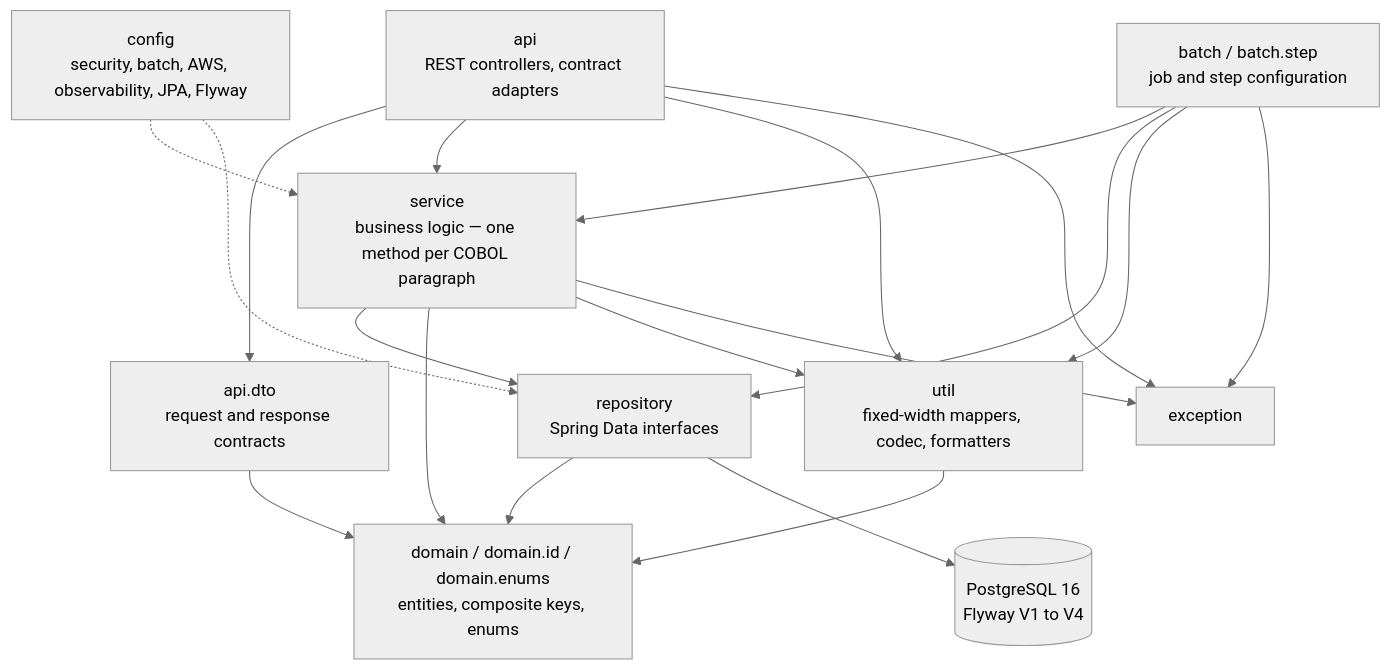
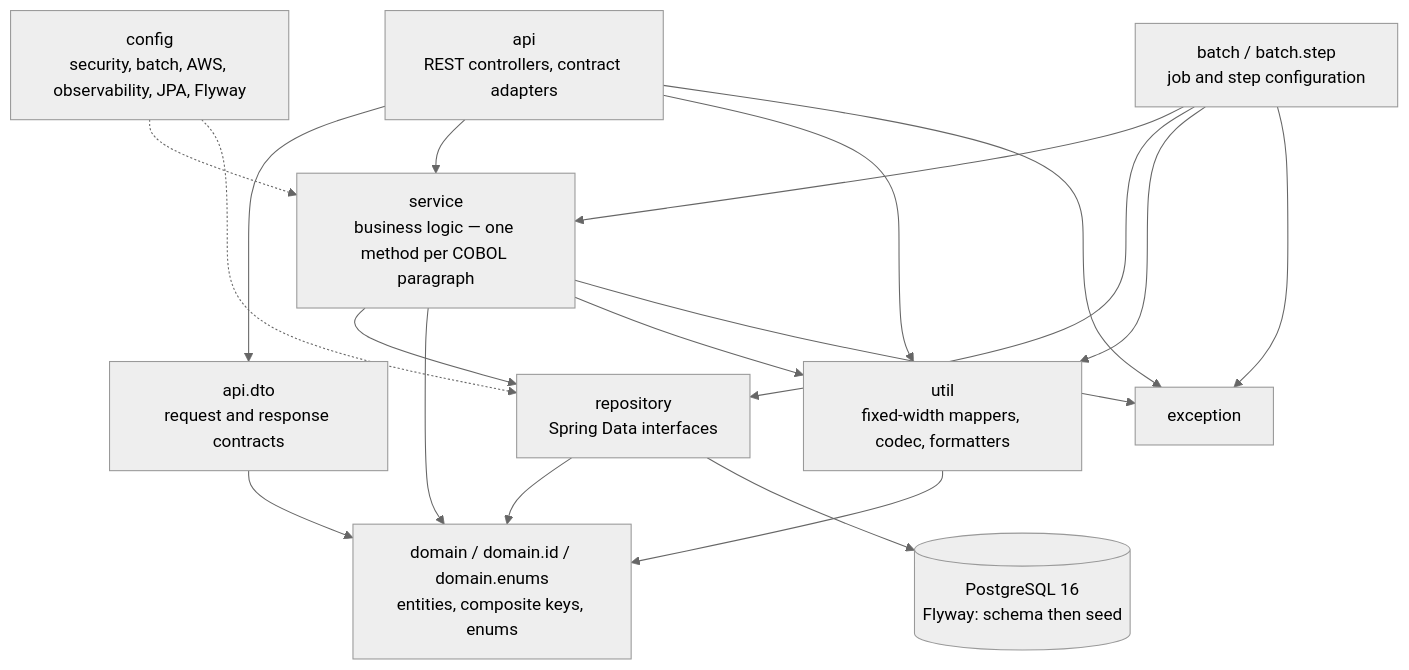
Before and after one commit to blitzy-research/aws-carddemo-blitzy: the first of 3 diagrams in docs/architecture.md, drawn with Mermaid (neutral theme). The commit also changed other lines of this file and 576 other files, not shown here.

````diff
--- a/docs/architecture.md
+++ b/docs/architecture.md
@@ -134,32 +132,32 @@
 ```mermaid
 graph TD
     API["api<br/>REST controllers, contract adapters"]
     DTO["api.dto<br/>request and response contracts"]
     BATCH["batch / batch.step<br/>job and step configuration"]
     SVC["service<br/>business logic — one method per COBOL paragraph"]
     REPO["repository<br/>Spring Data interfaces"]
     DOM["domain / domain.id / domain.enums<br/>entities, composite keys, enums"]
     UTIL["util<br/>fixed-width mappers, codec, formatters"]
     EXC["exception"]
     CFG["config<br/>security, batch, AWS, observability, JPA, Flyway"]
-    DB[("PostgreSQL 16<br/>Flyway V1 to V4")]
+    DB[("PostgreSQL 16<br/>Flyway: schema then seed")]
 
     API --> DTO
     API --> SVC
     API --> UTIL
     API --> EXC
     BATCH --> SVC
     BATCH --> REPO
     BATCH --> UTIL
     BATCH --> EXC
     SVC --> REPO
     SVC --> DOM
     SVC --> UTIL
     SVC --> EXC
     DTO --> DOM
     REPO --> DOM
     UTIL --> DOM
     CFG -.-> SVC
     CFG -.-> REPO
     REPO --> DB
 ```
````
